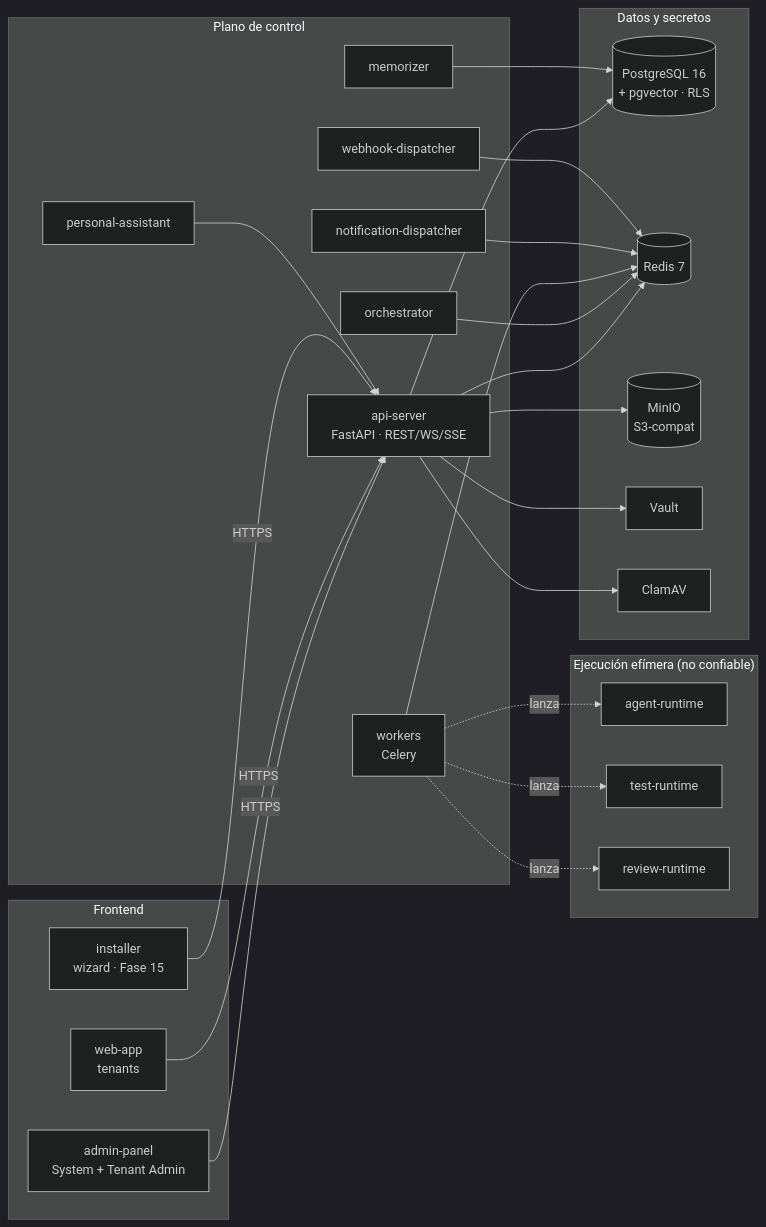
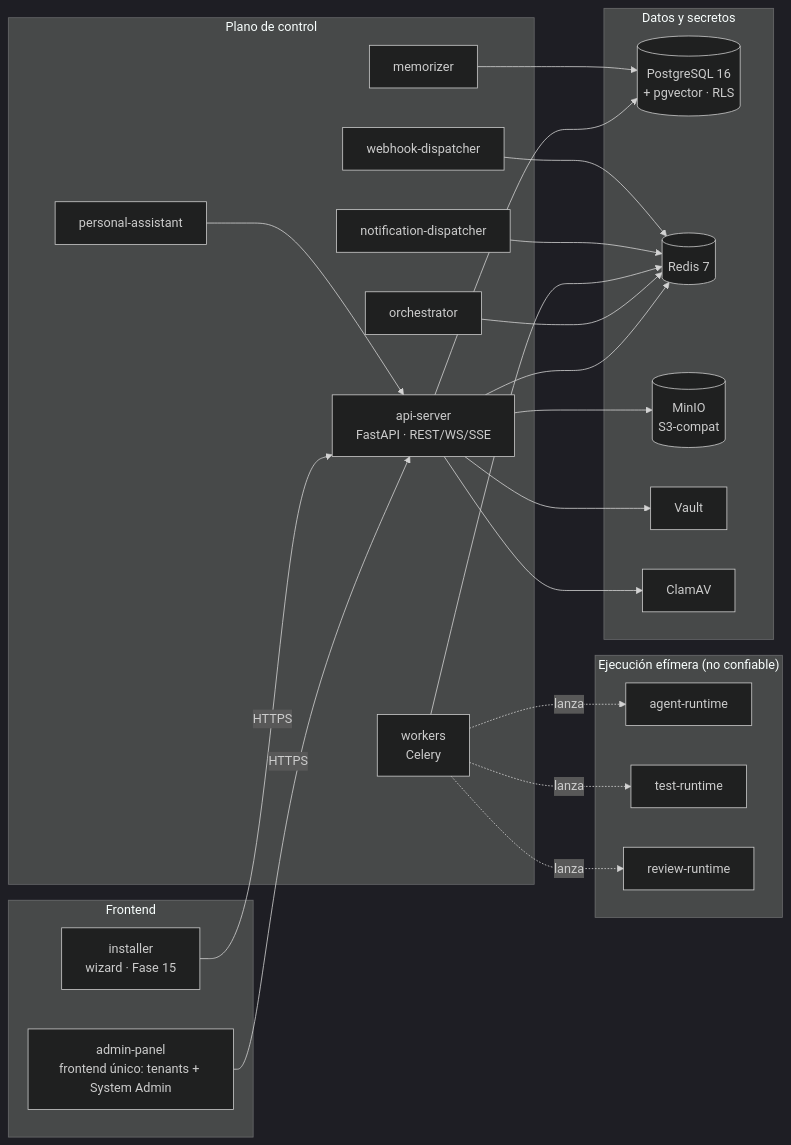
One commit to daycry/agent-ai-multitenant changed the diagram in docs/01-overview/02-architecture.md. Above: the diagram before and after it, drawn with Mermaid (dark theme). The commit also changed other lines of this file and 9 other files, not shown here.

````diff
--- a/docs/01-overview/02-architecture.md
+++ b/docs/01-overview/02-architecture.md
@@ -18,41 +18,40 @@
 ```mermaid
 flowchart LR
     subgraph Frontend
-        AP[admin-panel<br/>System + Tenant Admin]
-        WA[web-app<br/>tenants]
+        AP[admin-panel<br/>frontend único: tenants + System Admin]
         INS[installer<br/>wizard · Fase 15]
     end
 
     subgraph Control["Plano de control"]
         API[api-server<br/>FastAPI · REST/WS/SSE]
         ORQ[orchestrator]
         WRK[workers<br/>Celery]
         MEM[memorizer]
         PA[personal-assistant]
         ND[notification-dispatcher]
         WD[webhook-dispatcher]
     end
 
     subgraph Datos["Datos y secretos"]
         PG[(PostgreSQL 16<br/>+ pgvector · RLS)]
         RED[(Redis 7)]
         MIN[(MinIO<br/>S3-compat)]
         VLT[Vault]
         CAV[ClamAV]
     end
 
     subgraph Runtimes["Ejecución efímera (no confiable)"]
         RT1[agent-runtime]
         RT2[test-runtime]
         RT3[review-runtime]
     end
 
-    AP & WA & INS -- HTTPS --> API
+    AP & INS -- HTTPS --> API
     API --> PG & RED & VLT & MIN & CAV
     ORQ --> RED
     WRK --> RED
     WRK -.lanza.-> RT1 & RT2 & RT3
     MEM --> PG
     PA --> API
     ND & WD --> RED
 ```
````
